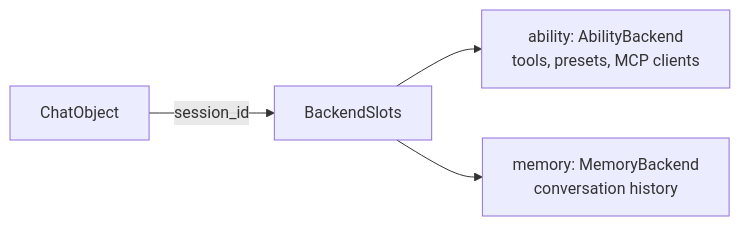
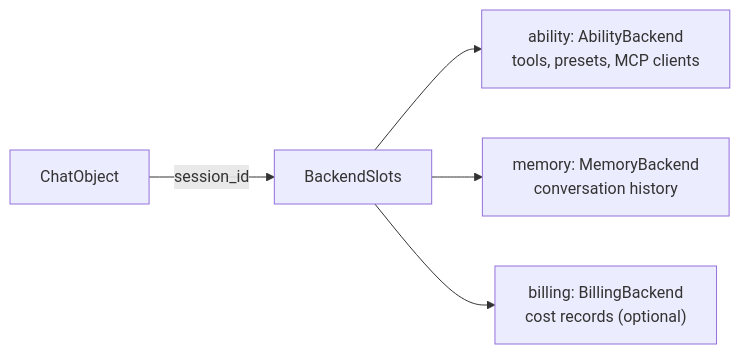
Before and after one commit to AmritaBot/AmritaCore: the first of 2 diagrams in docs/docs/guide/concepts/data-backend.md, drawn with Mermaid. The commit also changed other lines of this file and 239 other files, not shown here.

````diff
--- a/docs/docs/guide/concepts/data-backend.md
+++ b/docs/docs/guide/concepts/data-backend.md
@@ -9,6 +9,7 @@
 ```mermaid
 flowchart LR
     CO["ChatObject"] -->|session_id| BS["BackendSlots"]
     BS --> AB["ability: AbilityBackend<br/>tools, presets, MCP clients"]
     BS --> MB["memory: MemoryBackend<br/>conversation history"]
+    BS --> BB["billing: BillingBackend<br/>cost records (optional)"]
 ```
````
